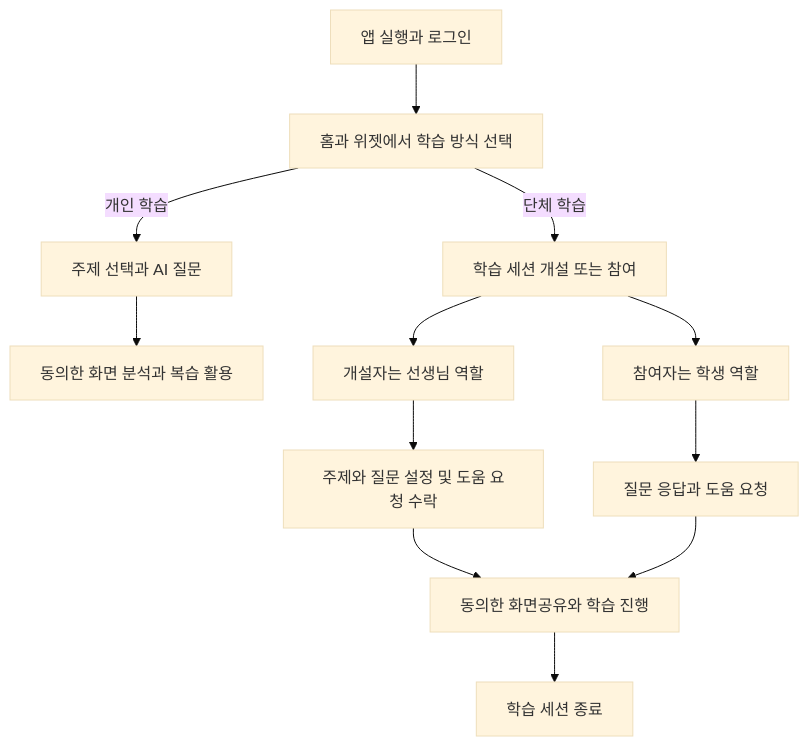
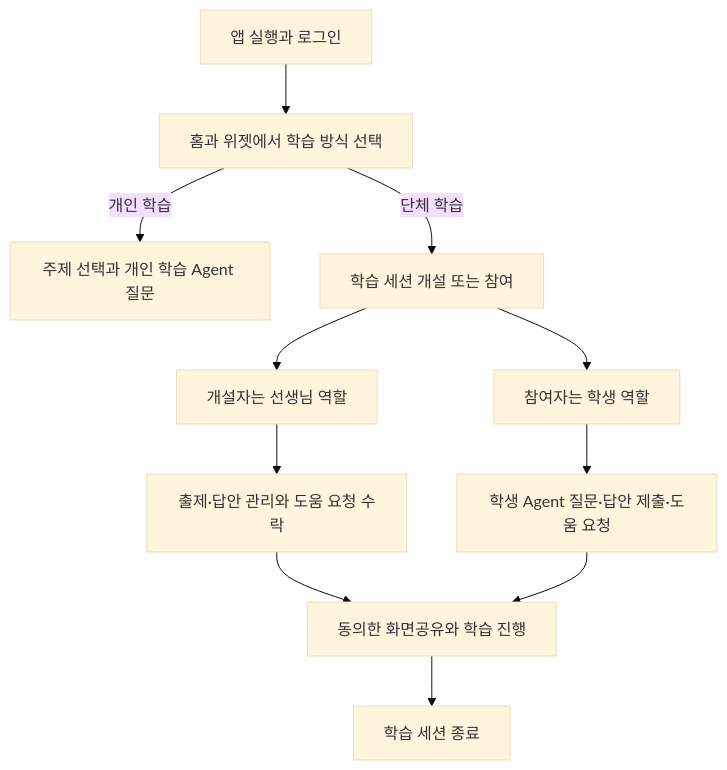
One commit to JephyrWing/project_tutipal changed the fourth of 6 diagrams in docs/TUTIPAL_DESIGN.md. Above: the diagram before and after it, drawn with Mermaid (base theme). The commit also changed other lines of this file and 5 other files, not shown here.

````diff
--- a/docs/TUTIPAL_DESIGN.md
+++ b/docs/TUTIPAL_DESIGN.md
@@ -508,14 +539,13 @@
 ```mermaid
 flowchart TD
     Start["앱 실행과 로그인"] --> Select["홈과 위젯에서 학습 방식 선택"]
-    Select -->|"개인 학습"| Personal["주제 선택과 AI 질문"]
-    Personal --> Consent["동의한 화면 분석과 복습 활용"]
+    Select -->|"개인 학습"| Personal["주제 선택과 개인 학습 Agent 질문"]
     Select -->|"단체 학습"| Class["학습 세션 개설 또는 참여"]
     Class --> Teacher["개설자는 선생님 역할"]
     Class --> Student["참여자는 학생 역할"]
-    Teacher --> Teach["주제와 질문 설정 및 도움 요청 수락"]
-    Student --> Learn["질문 응답과 도움 요청"]
+    Teacher --> Teach["출제·답안 관리와 도움 요청 수락"]
+    Student --> Learn["학생 Agent 질문·답안 제출·도움 요청"]
     Teach --> Session["동의한 화면공유와 학습 진행"]
     Learn --> Session
     Session --> End["학습 세션 종료"]
 ```
````
